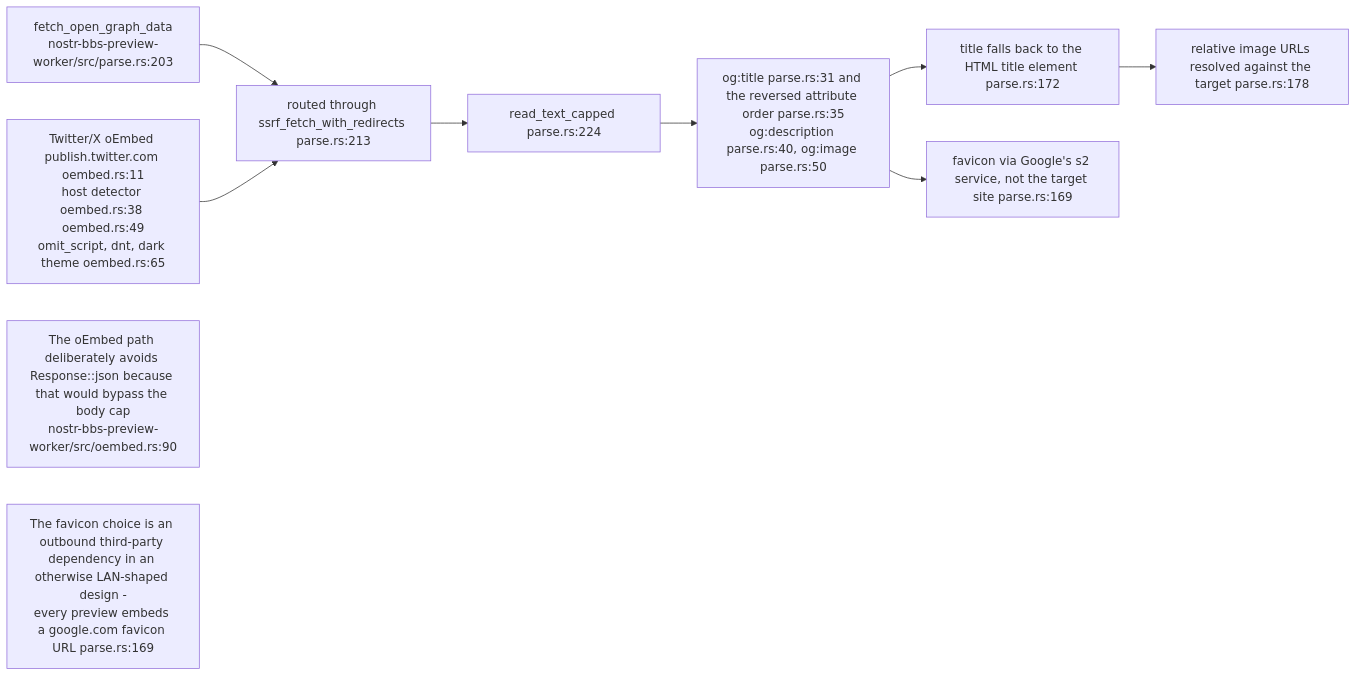
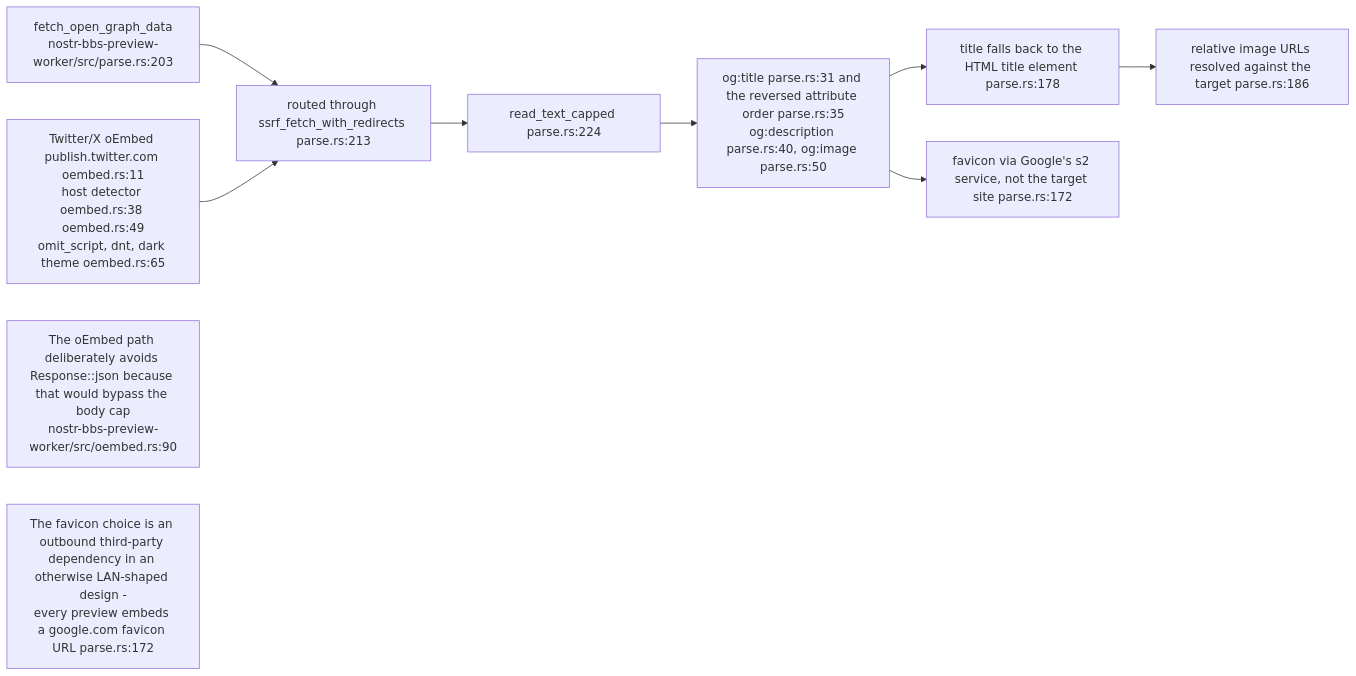
One commit to DreamLab-AI/VisionFlow changed the seventh of 8 diagrams in docs/diagrams/nostr-rust-forum/07-search-preview-and-shared-worker-utilities.md. Above: the diagram before and after it, drawn with Mermaid. The commit also changed other lines of this file and 94 other files, not shown here.

First line of the commit message:
docs(diagrams): re-verify 130 topics against 2 October HEADs

````diff
--- a/docs/diagrams/nostr-rust-forum/07-search-preview-and-shared-worker-utilities.md
+++ b/docs/diagrams/nostr-rust-forum/07-search-preview-and-shared-worker-utilities.md
@@ -180,18 +180,18 @@
 ```mermaid
 flowchart LR
     FETCH["fetch_open_graph_data<br/>nostr-bbs-preview-worker/src/parse.rs:203"]
     SSRFF["routed through ssrf_fetch_with_redirects parse.rs:213"]
     CAP["read_text_capped parse.rs:224"]
     OG["og:title parse.rs:31 and the reversed attribute order parse.rs:35<br/>og:description parse.rs:40, og:image parse.rs:50"]
-    FALL["title falls back to the HTML title element parse.rs:172"]
-    REL["relative image URLs resolved against the target parse.rs:178"]
-    FAV["favicon via Google's s2 service, not the target site parse.rs:169"]
+    FALL["title falls back to the HTML title element parse.rs:178"]
+    REL["relative image URLs resolved against the target parse.rs:186"]
+    FAV["favicon via Google's s2 service, not the target site parse.rs:172"]
     OE["Twitter/X oEmbed publish.twitter.com oembed.rs:11<br/>host detector oembed.rs:38 oembed.rs:49<br/>omit_script, dnt, dark theme oembed.rs:65"]
 
     FETCH --> SSRFF --> CAP --> OG --> FALL --> REL
     OG --> FAV
     OE --> SSRFF
 
     N1["The oEmbed path deliberately avoids Response::json because that would bypass the body cap<br/>nostr-bbs-preview-worker/src/oembed.rs:90"]
-    N2["The favicon choice is an outbound third-party dependency in an otherwise LAN-shaped design -<br/>every preview embeds a google.com favicon URL parse.rs:169"]
+    N2["The favicon choice is an outbound third-party dependency in an otherwise LAN-shaped design -<br/>every preview embeds a google.com favicon URL parse.rs:172"]
 ```
````
